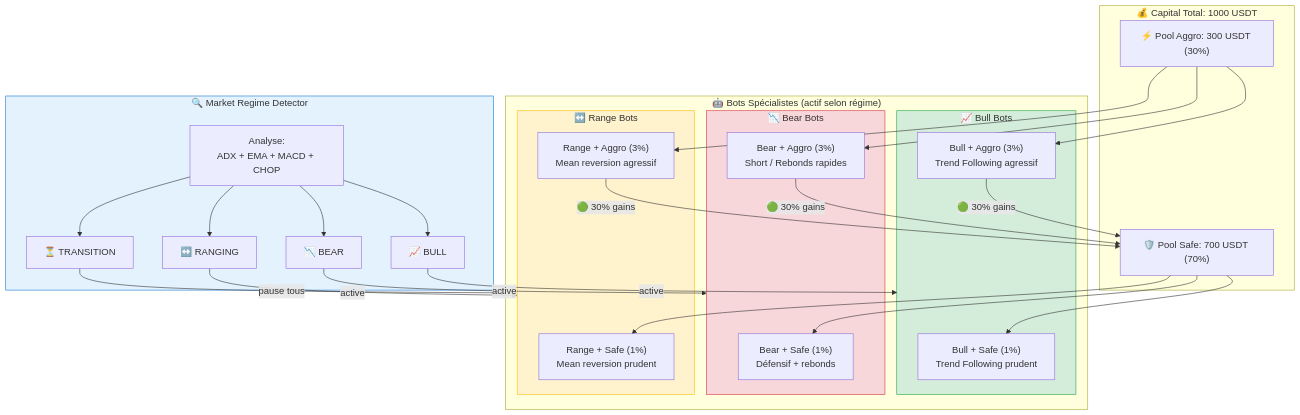
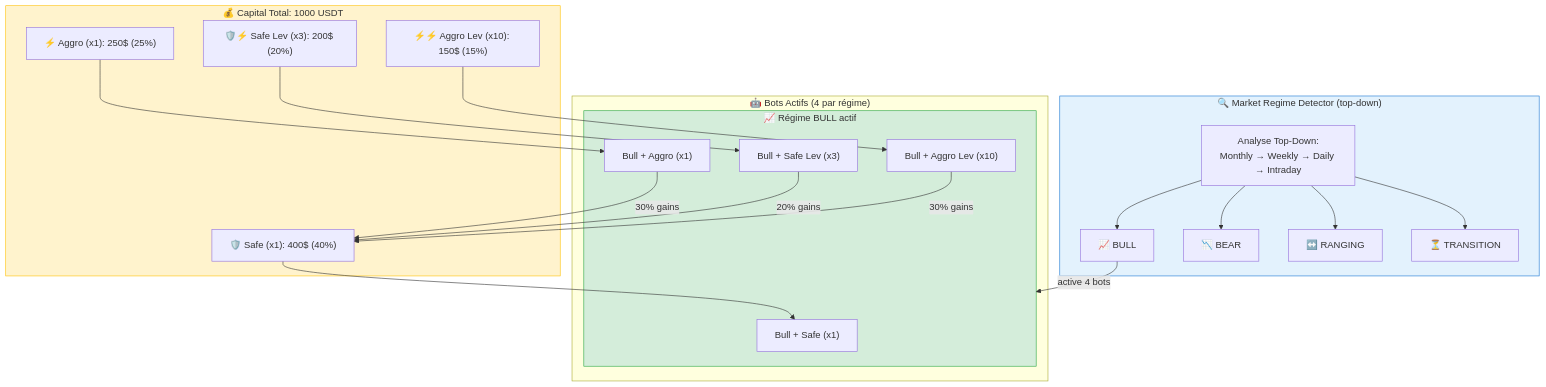
Before and after one commit to tonysla37/my_trading_bot: the fourth of 14 diagrams in docs/DIAGRAMS.md, drawn with Mermaid. The commit also changed other lines of this file and 2 other files, not shown here.

First line of the commit message:
docs: enhance architecture with market regime detector, specialist bots, and detailed diagrams

````diff
--- a/docs/DIAGRAMS.md
+++ b/docs/DIAGRAMS.md
@@ -115,56 +162,46 @@
 ```mermaid
 flowchart TB
     subgraph Capital["💰 Capital Total: 1000 USDT"]
-        SAFE_POOL["🛡️ Pool Safe: 700 USDT (70%)"]
-        AGGRO_POOL["⚡ Pool Aggro: 300 USDT (30%)"]
+        SAFE_P["🛡️ Safe (x1): 400$ (40%)"]
+        AGGRO_P["⚡ Aggro (x1): 250$ (25%)"]
+        SAFE_L["🛡️⚡ Safe Lev (x3): 200$ (20%)"]
+        AGGRO_L["⚡⚡ Aggro Lev (x10): 150$ (15%)"]
     end
 
-    subgraph Detection["🔍 Market Regime Detector"]
-        MRD["Analyse:<br/>ADX + EMA + MACD + CHOP"]
+    subgraph Detection["🔍 Market Regime Detector (top-down)"]
+        TD["Analyse Top-Down:<br/>Monthly → Weekly → Daily → Intraday"]
         BULL_D["📈 BULL"]
         BEAR_D["📉 BEAR"]
         RANGE_D["↔️ RANGING"]
         TRANS_D["⏳ TRANSITION"]
     end
 
-    subgraph Specialists["🤖 Bots Spécialistes (actif selon régime)"]
-        subgraph BullBots["📈 Bull Bots"]
-            BULL_SAFE["Bull + Safe (1%)<br/>Trend Following prudent"]
-            BULL_AGGRO["Bull + Aggro (3%)<br/>Trend Following agressif"]
-        end
-        subgraph BearBots["📉 Bear Bots"]
-            BEAR_SAFE["Bear + Safe (1%)<br/>Défensif + rebonds"]
-            BEAR_AGGRO["Bear + Aggro (3%)<br/>Short / Rebonds rapides"]
-        end
-        subgraph RangeBots["↔️ Range Bots"]
-            RANGE_SAFE["Range + Safe (1%)<br/>Mean reversion prudent"]
-            RANGE_AGGRO["Range + Aggro (3%)<br/>Mean reversion agressif"]
+    subgraph ActiveBots["🤖 Bots Actifs (4 par régime)"]
+        subgraph BullActive["📈 Régime BULL actif"]
+            B1["Bull + Safe (x1)"]
+            B2["Bull + Aggro (x1)"]
+            B3["Bull + Safe Lev (x3)"]
+            B4["Bull + Aggro Lev (x10)"]
         end
     end
 
-    MRD --> BULL_D
-    MRD --> BEAR_D
-    MRD --> RANGE_D
-    MRD --> TRANS_D
+    TD --> BULL_D
+    TD --> BEAR_D
+    TD --> RANGE_D
+    TD --> TRANS_D
 
-    BULL_D -->|"active"| BullBots
-    BEAR_D -->|"active"| BearBots
-    RANGE_D -->|"active"| RangeBots
-    TRANS_D -->|"pause tous"| Specialists
+    BULL_D -->|"active 4 bots"| BullActive
 
-    SAFE_POOL --> BULL_SAFE
-    SAFE_POOL --> BEAR_SAFE
-    SAFE_POOL --> RANGE_SAFE
-    AGGRO_POOL --> BULL_AGGRO
-    AGGRO_POOL --> BEAR_AGGRO
-    AGGRO_POOL --> RANGE_AGGRO
+    SAFE_P --> B1
+    AGGRO_P --> B2
+    SAFE_L --> B3
+    AGGRO_L --> B4
 
-    BULL_AGGRO -->|"🟢 30% gains"| SAFE_POOL
-    BEAR_AGGRO -->|"🟢 30% gains"| SAFE_POOL
-    RANGE_AGGRO -->|"🟢 30% gains"| SAFE_POOL
+    B2 -->|"30% gains"| SAFE_P
+    B3 -->|"20% gains"| SAFE_P
+    B4 -->|"30% gains"| SAFE_P
 
-    style BullBots fill:#d4edda,stroke:#28a745
-    style BearBots fill:#f8d7da,stroke:#dc3545
-    style RangeBots fill:#fff3cd,stroke:#ffc107
+    style BullActive fill:#d4edda,stroke:#28a745
     style Detection fill:#e3f2fd,stroke:#1976d2
+    style Capital fill:#fff3cd,stroke:#ffc107
 ```
````
